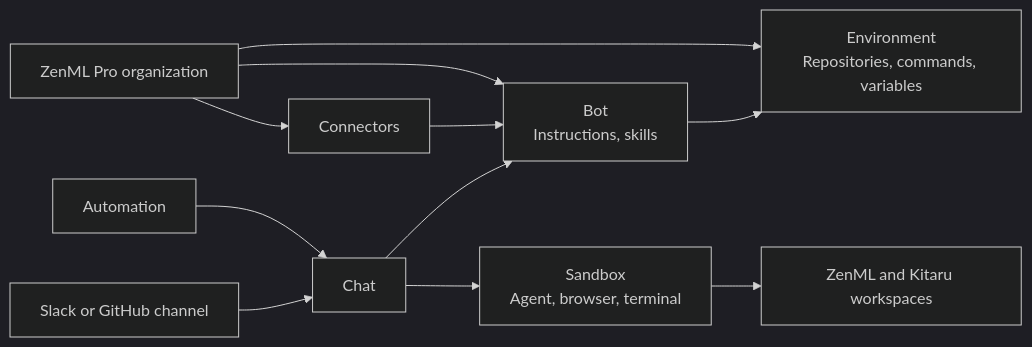
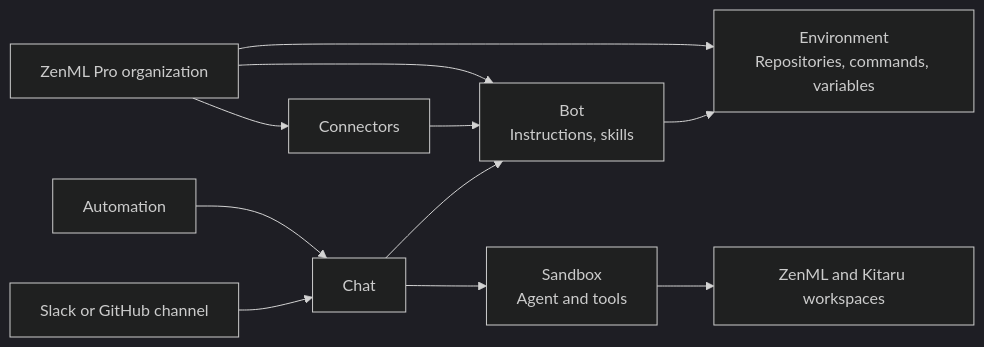
Before and after one commit to zenml-io/zenml: the diagram in docs/book/getting-started/zenml-pro/bots-core-concepts.md, drawn with Mermaid (dark theme). The commit also changed other lines of this file and 3 other files, not shown here.

Commit message:
Remove the browser and terminal from the Bots docs and clarify GitHub access

````diff
--- a/docs/book/getting-started/zenml-pro/bots-core-concepts.md
+++ b/docs/book/getting-started/zenml-pro/bots-core-concepts.md
@@ -13,23 +13,23 @@
 ```mermaid
 flowchart LR
     Org[ZenML Pro organization]
     Bot[Bot<br/>Instructions, skills]
     Env[Environment<br/>Repositories, commands, variables]
     Conn[Connectors]
     Chat[Chat]
-    Sandbox[Sandbox<br/>Agent, browser, terminal]
+    Sandbox[Sandbox<br/>Agent and tools]
     Auto[Automation]
     Channel[Slack or GitHub channel]
     WS[ZenML and Kitaru workspaces]
 
     Org --> Bot
     Org --> Env
     Org --> Conn
     Bot --> Env
     Conn --> Bot
     Auto --> Chat
     Channel --> Chat
     Chat --> Bot
     Chat --> Sandbox
     Sandbox --> WS
 ```
````
